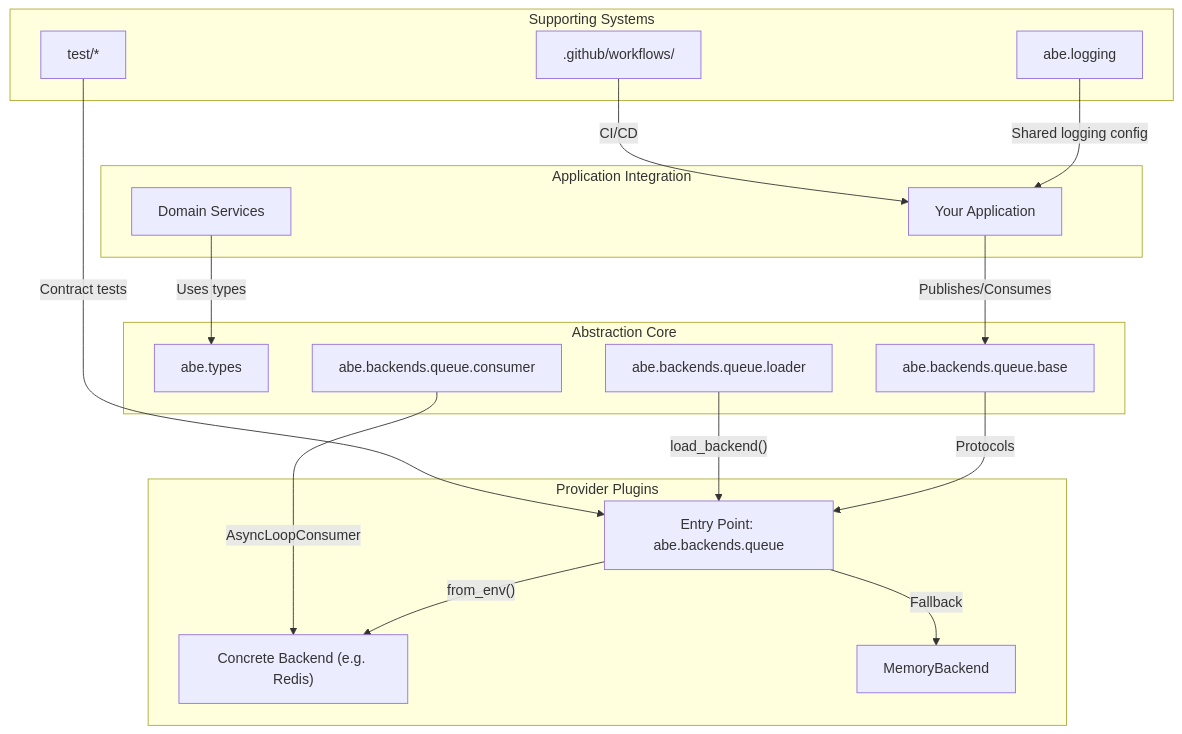
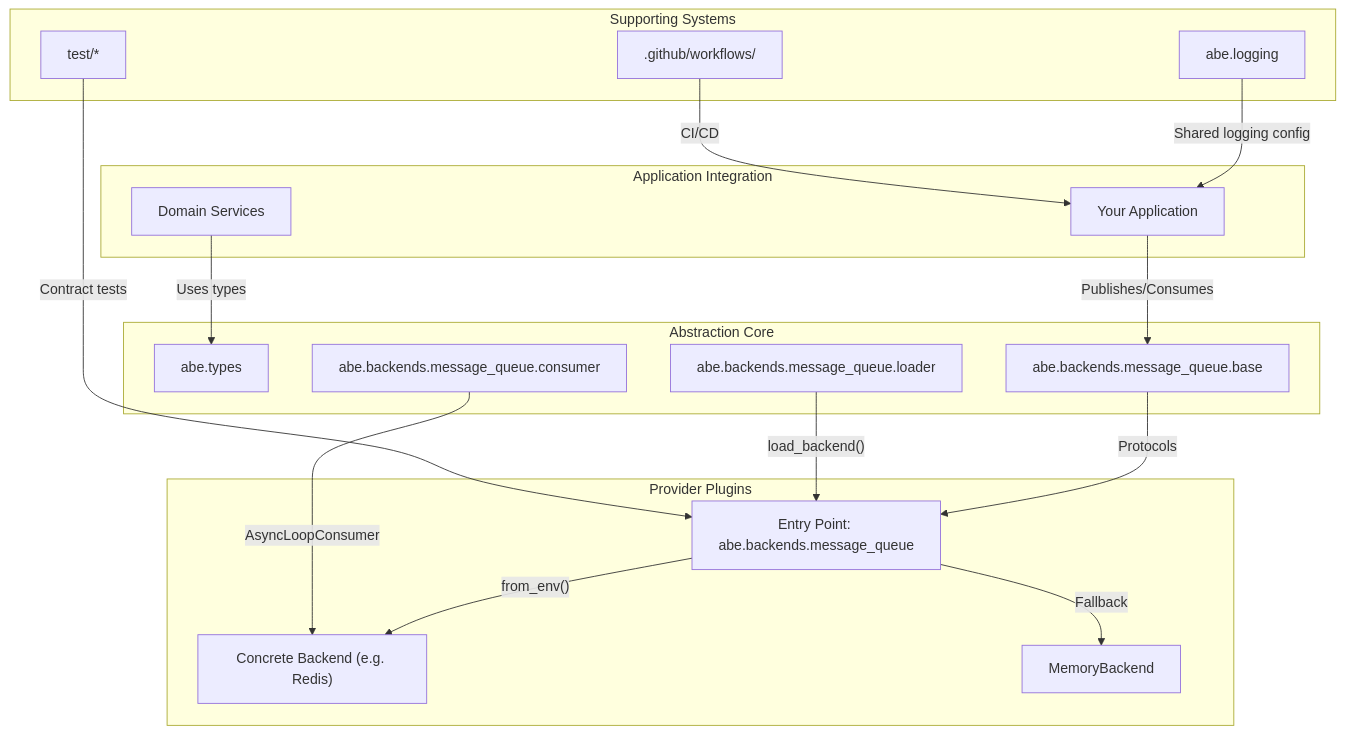
The diagram in docs/contents/development/architecture/index.mdx (Chisanan232/abstract-backend), drawn with Mermaid before and after one commit. The commit also changed other lines of this file and 15 other files, not shown here.

Commit message:
♻️ Update all the naming usages about *queue* to be *message queue* in the documentation.

````diff
--- a/docs/contents/development/architecture/index.mdx
+++ b/docs/contents/development/architecture/index.mdx
@@ -19,37 +19,37 @@
 ```mermaid
 flowchart TB
     subgraph Application Integration
         A["Your Application"]
         B["Domain Services"]
     end
 
     subgraph Abstraction Core
         C["abe.types"]
-        D["abe.backends.queue.base"]
-        E["abe.backends.queue.loader"]
-        F["abe.backends.queue.consumer"]
+        D["abe.backends.message_queue.base"]
+        E["abe.backends.message_queue.loader"]
+        F["abe.backends.message_queue.consumer"]
     end
 
     subgraph Provider Plugins
-        G["Entry Point: abe.backends.queue"]
+        G["Entry Point: abe.backends.message_queue"]
         H["Concrete Backend (e.g. Redis)"]
         I["MemoryBackend"]
     end
 
     subgraph Supporting Systems
         J["abe.logging"]
         K["test/*"]
         L[".github/workflows/"]
     end
 
     A -->|"Publishes/Consumes"| D
     B -->|"Uses types"| C
     D -->|"Protocols"| G
     E -->|"load_backend()"| G
     G -->|"from_env()"| H
     G -->|"Fallback"| I
     F -->|"AsyncLoopConsumer"| H
     J -->|"Shared logging config"| A
     K -->|"Contract tests"| G
     L -->|"CI/CD"| A
 ```
````
